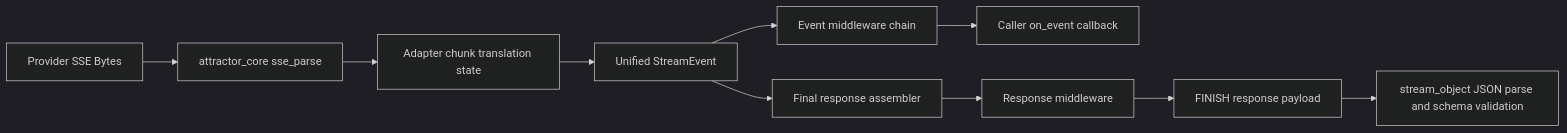
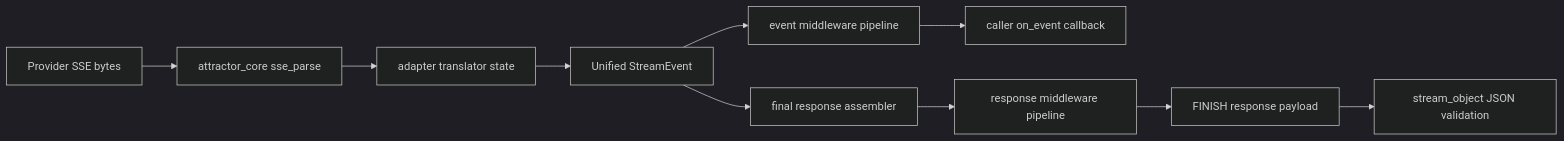
One commit to jaytaylor/attractor-tcl changed the fourth of 5 diagrams in docs/sprints/SPRINT-005-comprehensive-implementation-plan.md. Above: the diagram before and after it, drawn with Mermaid (dark theme). The commit also changed other lines of this file, not shown here.

````diff
--- a/docs/sprints/SPRINT-005-comprehensive-implementation-plan.md
+++ b/docs/sprints/SPRINT-005-comprehensive-implementation-plan.md
@@ -928,12 +495,12 @@
 ```mermaid
 flowchart LR
-  A[Provider SSE Bytes] --> B[attractor_core sse_parse]
-  B --> C[Adapter chunk translation state]
+  A[Provider SSE bytes] --> B[attractor_core sse_parse]
+  B --> C[adapter translator state]
   C --> D[Unified StreamEvent]
-  D --> E[Event middleware chain]
-  E --> F[Caller on_event callback]
-  D --> G[Final response assembler]
-  G --> H[Response middleware]
+  D --> E[event middleware pipeline]
+  E --> F[caller on_event callback]
+  D --> G[final response assembler]
+  G --> H[response middleware pipeline]
   H --> I[FINISH response payload]
-  I --> J[stream_object JSON parse and schema validation]
+  I --> J[stream_object JSON validation]
 ```
````
